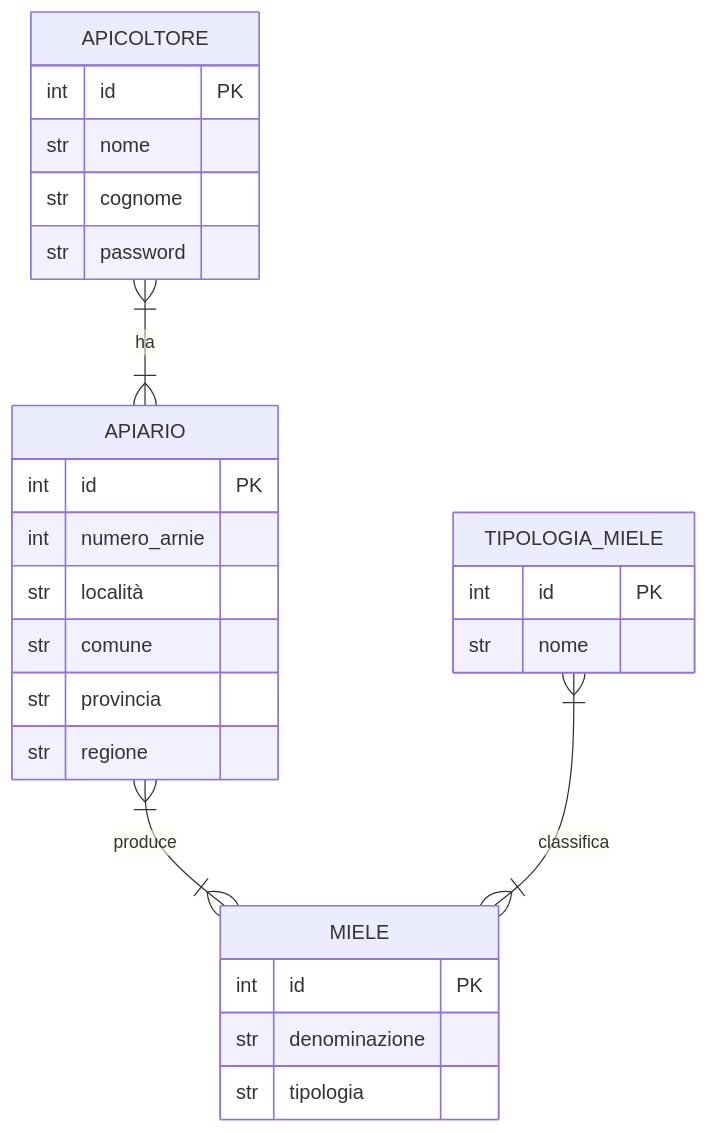
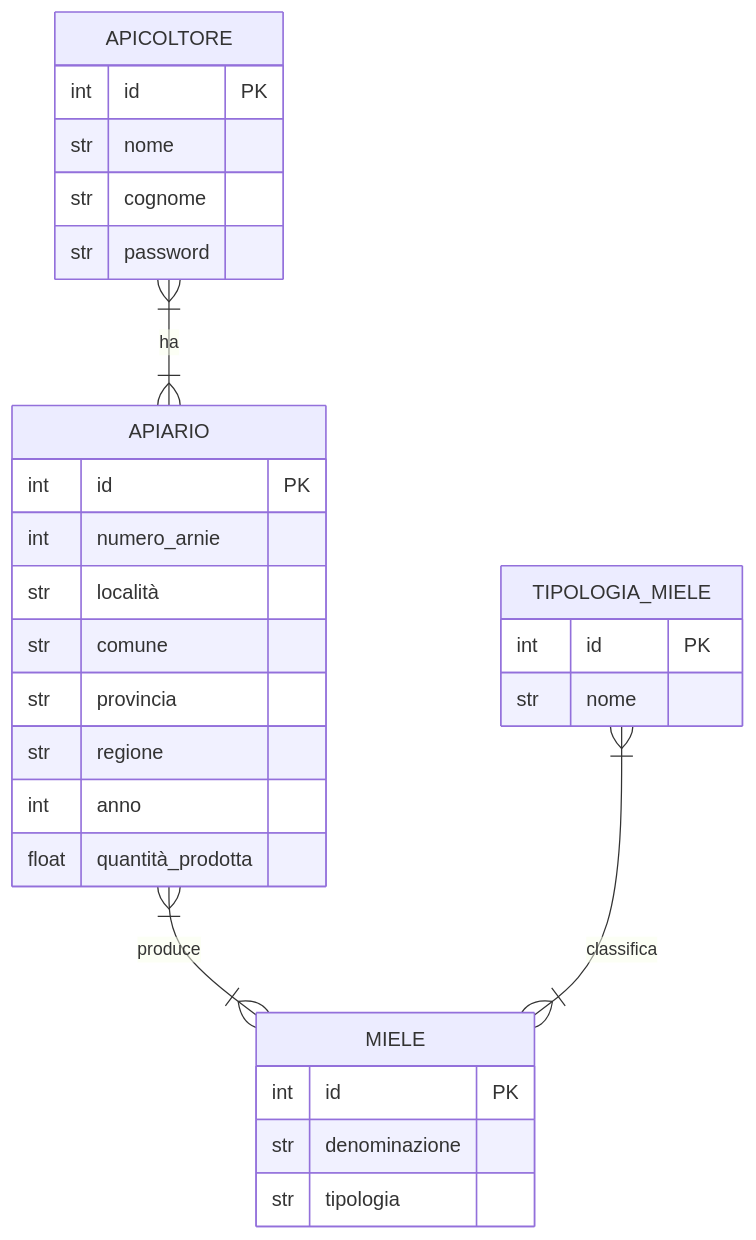
The diagram in pezzolesi_es_1.md (LorenzoPezzolesi/Salvatore1), drawn with Mermaid before and after one commit.

````diff
--- a/pezzolesi_es_1.md
+++ b/pezzolesi_es_1.md
@@ -1,35 +1,37 @@
 ```mermaid
 erDiagram
 
     TIPOLOGIA_MIELE {
         int id PK
         str nome 
     }
 
     MIELE {
         int id PK
         str denominazione
         str tipologia
     }
 
     APICOLTORE {
         int id PK
         str nome
         str cognome
         str password
     }
 
     APIARIO {
         int id PK
         int numero_arnie
         str località
         str comune
         str provincia
         str regione
+        int anno
+        float quantità_prodotta
     }
 
 APIARIO }|--|{  MIELE : produce
 APICOLTORE }|--|{ APIARIO : ha
 TIPOLOGIA_MIELE }|--|{ MIELE : classifica
 
 ```
````
